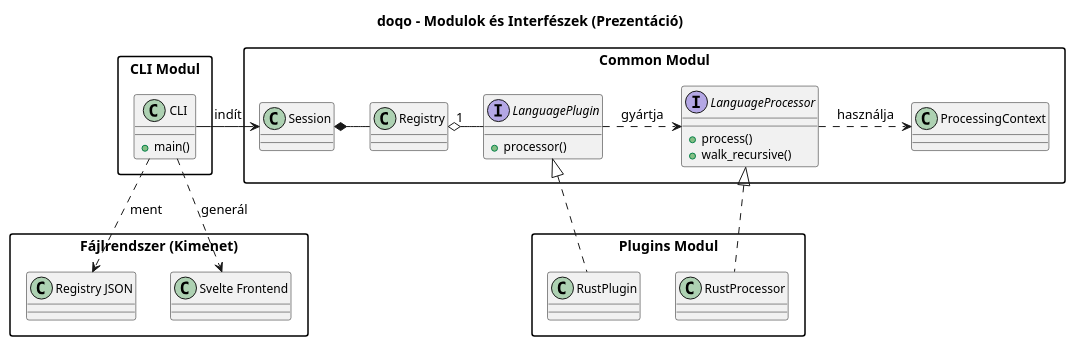
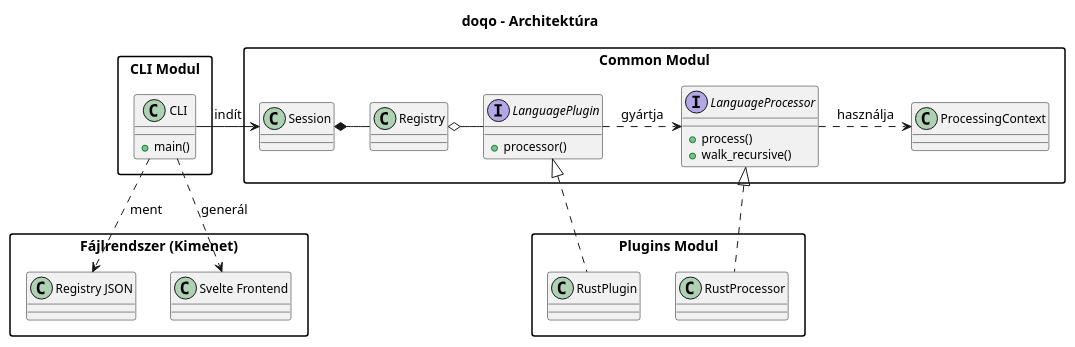
The diagram in documentation/architecture-simple.puml (szmoli/doqo), drawn with PlantUML before and after one commit. The commit also changed 2 other files, not shown here.

```diff
--- a/documentation/architecture-simple.puml
+++ b/documentation/architecture-simple.puml
@@ -1,54 +1,54 @@
 @startuml 
 skinparam packageStyle rectangle
 skinparam shadowing false
 skinparam classFontSize 14
 skinparam classAttributeFontSize 12
 
-title doqo - Modulok és Interfészek (Prezentáció)
+title doqo - Architektúra
 
 package "CLI Modul" {
     class CLI {
         + main()
     }
 }
 
 package "Common Modul" {
     class Session
     class Registry
     
     interface LanguagePlugin {
         + processor()
     }
     
     interface LanguageProcessor {
         + process()
         + walk_recursive()
     }
     
     class ProcessingContext
 }
 
 package "Plugins Modul" {
     class RustPlugin
     class RustProcessor
 }
 
 package "Fájlrendszer (Kimenet)" {
     class "Registry JSON" as json
     class "Svelte Frontend" as web
 }
 
 ' Kapcsolatok tisztán, egyszerűen
 CLI -> Session : indít
 Session *- Registry
 
-Registry "1" o- LanguagePlugin
+Registry o- LanguagePlugin
 LanguagePlugin .> LanguageProcessor : gyártja
 LanguageProcessor .> ProcessingContext : használja
 
 RustPlugin .up.|> LanguagePlugin
 RustProcessor .up.|> LanguageProcessor
 
 CLI .down.> json : ment
 CLI .down.> web : generál
 @enduml
```
